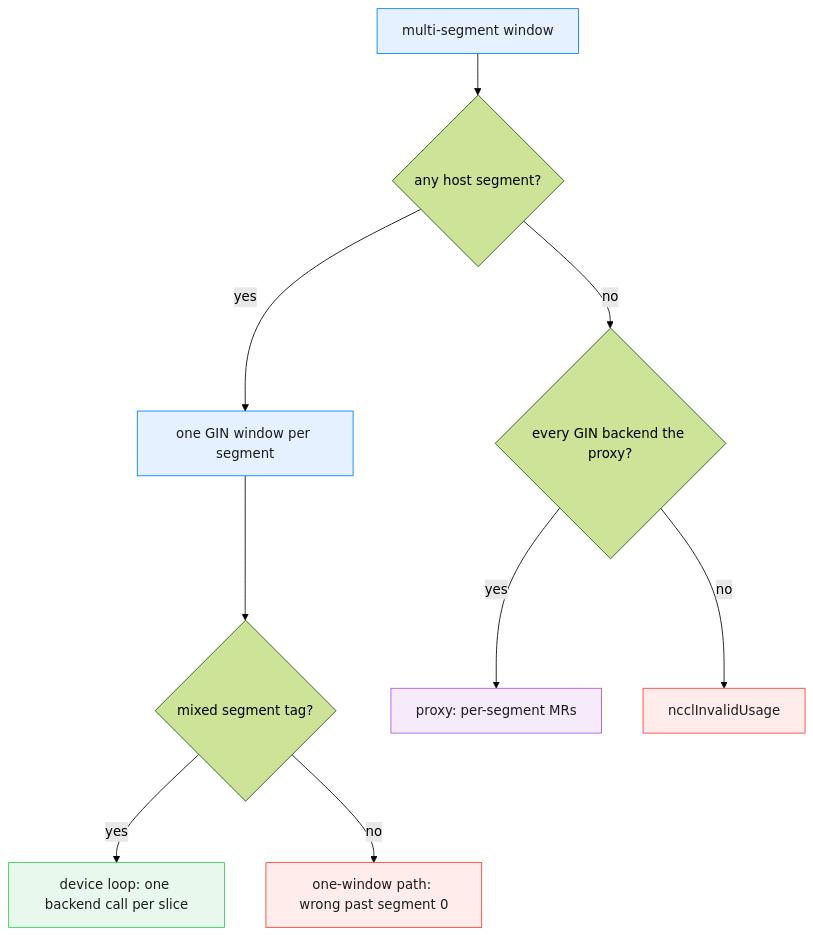
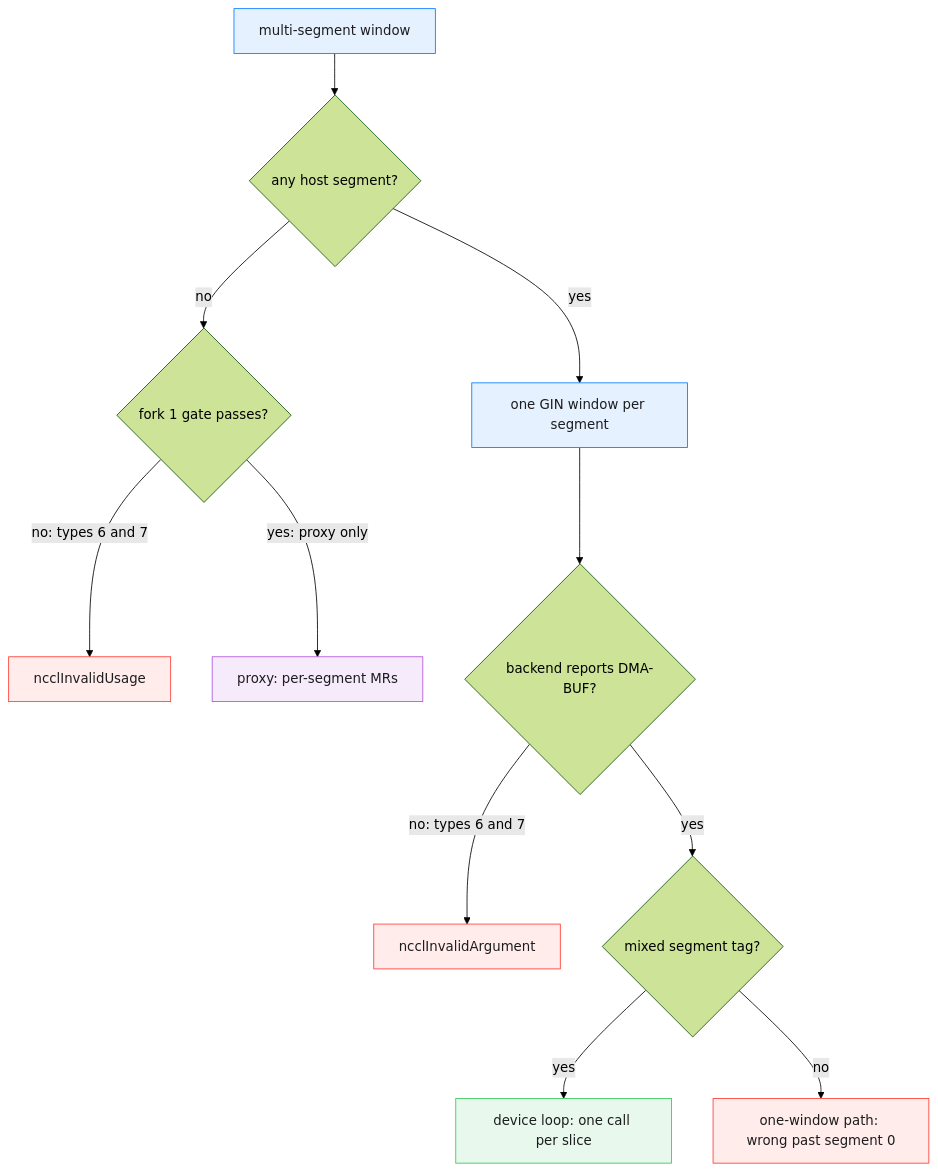
The first of 2 diagrams in projects/rccl/docs/design/multi_segment_gin_rocshmem_gda_and_anvil_sdma.md (ROCm/rocm-systems), drawn with Mermaid (forest theme) before and after one commit. The commit also changed other lines of this file and 16 other files, not shown here.

First line of the commit message:
docs: describe the IB-MSEG fork stack and drop the superseded history docs

````diff
--- a/projects/rccl/docs/design/multi_segment_gin_rocshmem_gda_and_anvil_sdma.md
+++ b/projects/rccl/docs/design/multi_segment_gin_rocshmem_gda_and_anvil_sdma.md
@@ -40,20 +50,22 @@
 ```mermaid
-%% caption: How develop and the stack route a multi-segment window on GIN types 6 and 7
+%% caption: How develop and the fork stack route a multi-segment window on GIN types 6 and 7
 flowchart TD
  w["multi-segment window"] --> host{"any host segment?"}
+ host -->|no| gate{"fork 1 gate passes?"}
+ gate -->|"no: types 6 and 7"| rej["ncclInvalidUsage"]
+ gate -->|"yes: proxy only"| proxy["proxy: per-segment MRs"]
  host -->|yes| per["one GIN window per segment"]
- per --> tag{"mixed segment tag?"}
- tag -->|yes| loop["device loop: one backend call per slice"]
+ per --> dma{"backend reports DMA-BUF?"}
+ dma -->|"no: types 6 and 7"| inv["ncclInvalidArgument"]
+ dma -->|yes| tag{"mixed segment tag?"}
+ tag -->|yes| loop["device loop: one call per slice"]
  tag -->|no| one["one-window path: wrong past segment 0"]
- host -->|no| gate{"every GIN backend the proxy?"}
- gate -->|yes| proxy["proxy: per-segment MRs"]
- gate -->|no| rej["ncclInvalidUsage"]
  classDef gin fill:#e5f1ff,stroke:#007aff,color:#1d1d1f
  classDef rma fill:#f5ebfb,stroke:#af52de,color:#1d1d1f
  classDef okpath fill:#e8f8ec,stroke:#34c759,color:#1d1d1f
  classDef failpath fill:#ffeceb,stroke:#ff3b30,color:#1d1d1f
  class w,per gin
  class loop okpath
  class proxy rma
- class one,rej failpath
+ class one,rej,inv failpath
 ```
````
